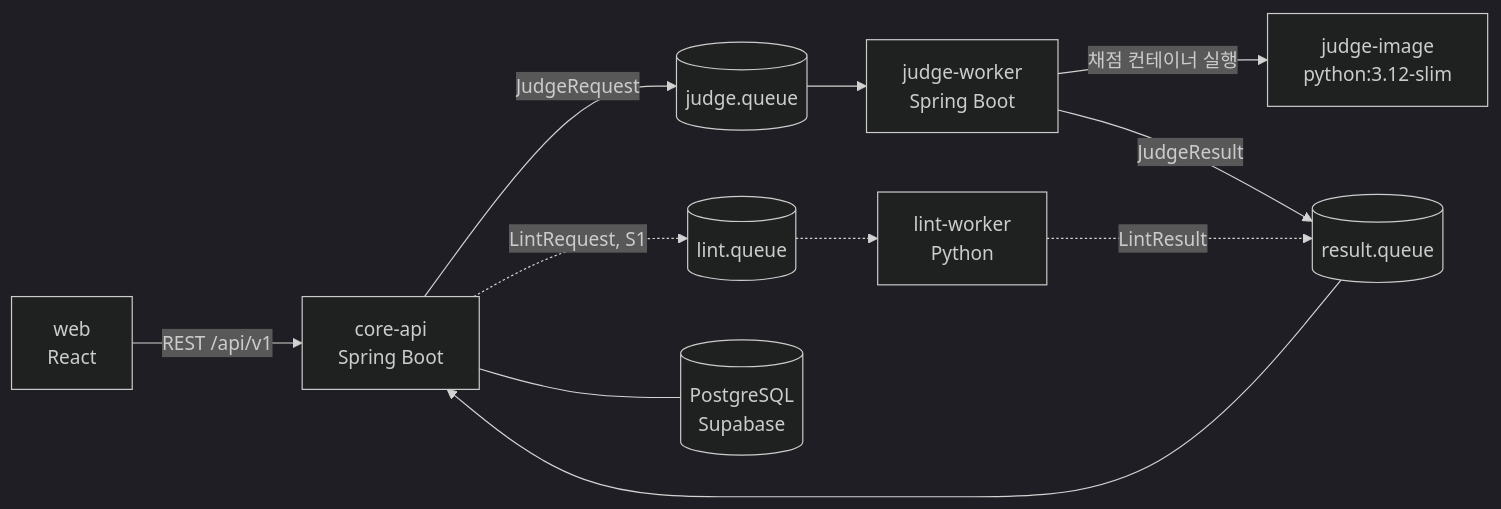
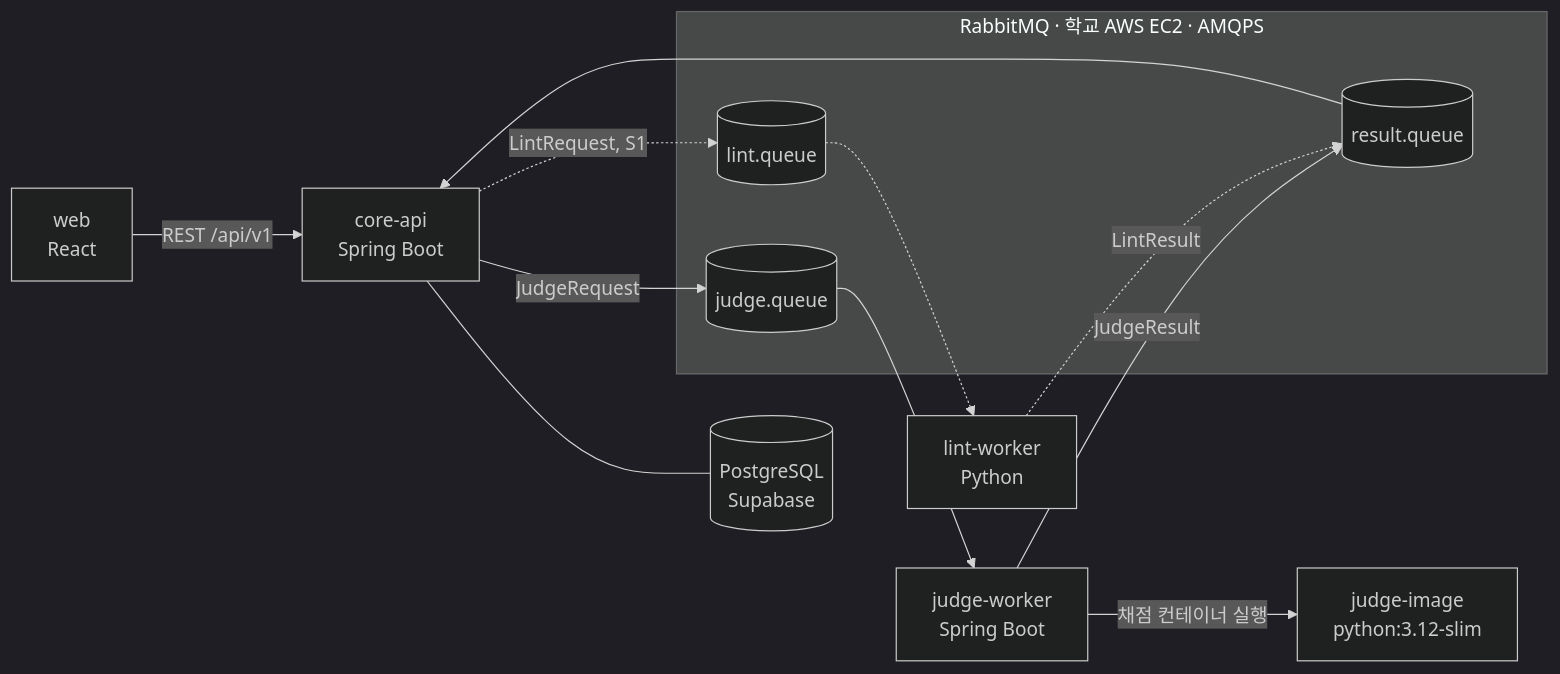
One commit to pproject-AutoTA/server changed the diagram in docs/architecture.md. Above: the diagram before and after it, drawn with Mermaid (dark theme). The commit also changed other lines of this file and 7 other files, not shown here.

````diff
--- a/docs/architecture.md
+++ b/docs/architecture.md
@@ -7,13 +7,18 @@
 ```mermaid
 flowchart LR
     web[web<br/>React] -->|REST /api/v1| api[core-api<br/>Spring Boot]
-    api -->|JudgeRequest| jq[(judge.queue)]
-    api -.->|LintRequest, S1| lq[(lint.queue)]
+    subgraph mq[RabbitMQ · 학교 AWS EC2 · AMQPS]
+        jq[(judge.queue)]
+        lq[(lint.queue)]
+        rq[(result.queue)]
+    end
+    api -->|JudgeRequest| jq
+    api -.->|LintRequest, S1| lq
     jq --> judge[judge-worker<br/>Spring Boot]
     lq -.-> lint[lint-worker<br/>Python]
     judge -->|채점 컨테이너 실행| img[judge-image<br/>python:3.12-slim]
-    judge -->|JudgeResult| rq[(result.queue)]
+    judge -->|JudgeResult| rq
     lint -.->|LintResult| rq
     rq --> api
     api --- db[(PostgreSQL<br/>Supabase)]
 ```
````
